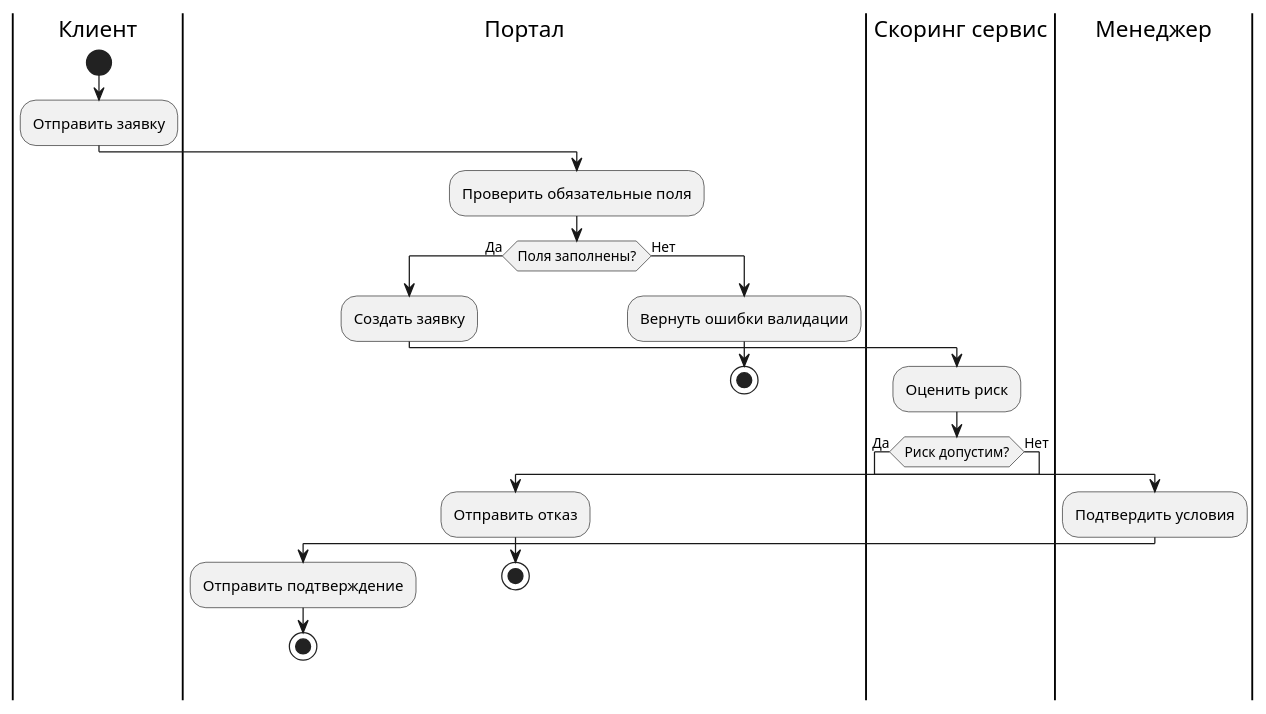
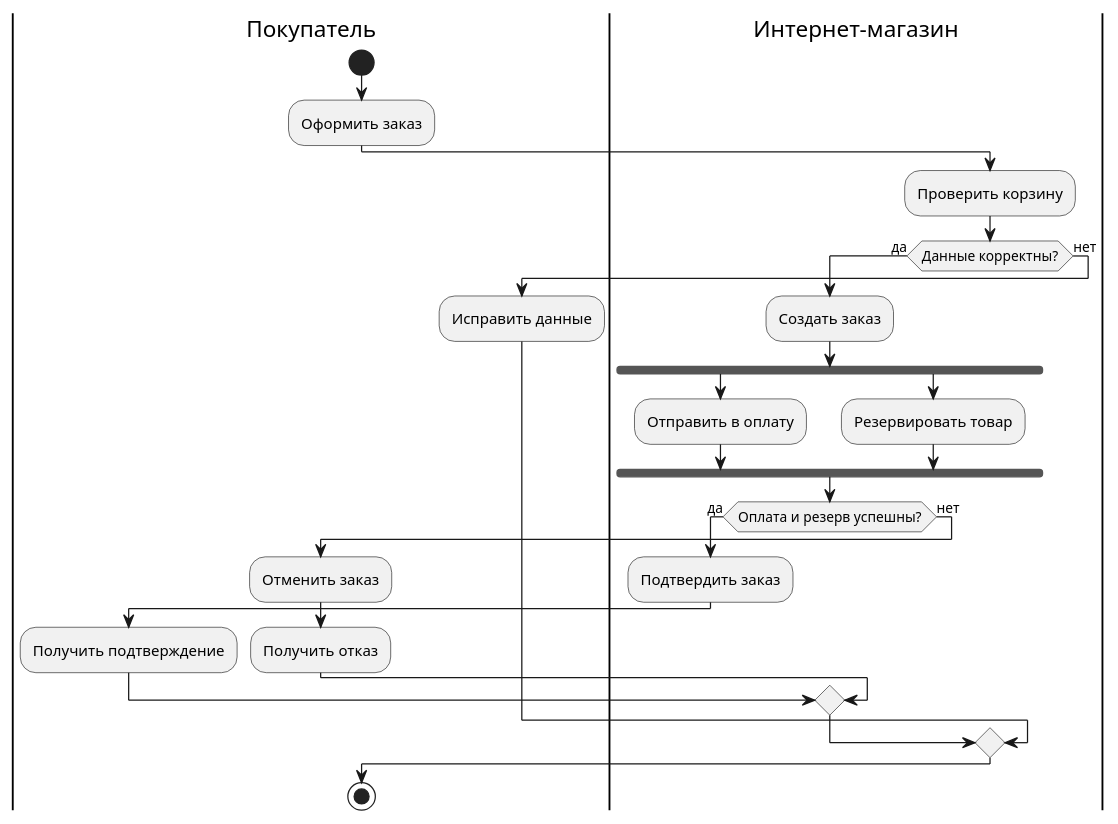
The diagram in docs/notations/bpmn.md (iwizy/analyst_kb), drawn with PlantUML before and after one commit. The commit also changed other lines of this file and 20 other files, not shown here.

````diff
--- a/docs/notations/bpmn.md
+++ b/docs/notations/bpmn.md
@@ -31,29 +54,30 @@
 ```kroki-plantuml
 @startuml
-|Клиент|
+|Покупатель|
 start
-:Отправить заявку;
-|Портал|
-:Проверить обязательные поля;
-if (Поля заполнены?) then (Да)
-  :Создать заявку;
-  |Скоринг сервис|
-  :Оценить риск;
-  if (Риск допустим?) then (Да)
-    |Менеджер|
-    :Подтвердить условия;
-    |Портал|
-    :Отправить подтверждение;
-    stop
-  else (Нет)
-    |Портал|
-    :Отправить отказ;
-    stop
+:Оформить заказ;
+|Интернет-магазин|
+:Проверить корзину;
+if (Данные корректны?) then (да)
+  :Создать заказ;
+  fork
+    :Отправить в оплату;
+  fork again
+    :Резервировать товар;
+  end fork
+  if (Оплата и резерв успешны?) then (да)
+    :Подтвердить заказ;
+    |Покупатель|
+    :Получить подтверждение;
+  else (нет)
+    :Отменить заказ;
+    |Покупатель|
+    :Получить отказ;
   endif
-else (Нет)
-  |Портал|
-  :Вернуть ошибки валидации;
-  stop
+else (нет)
+  |Покупатель|
+  :Исправить данные;
 endif
+stop
 @enduml
 ```
````
